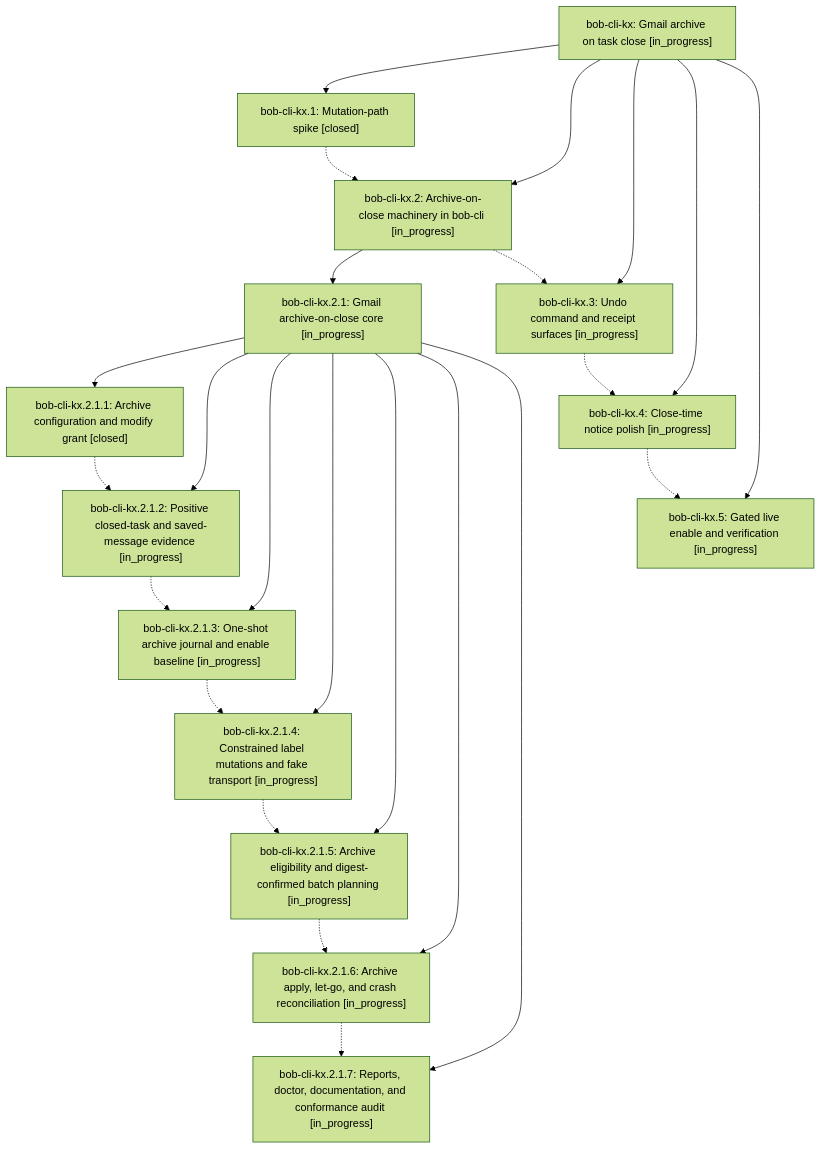
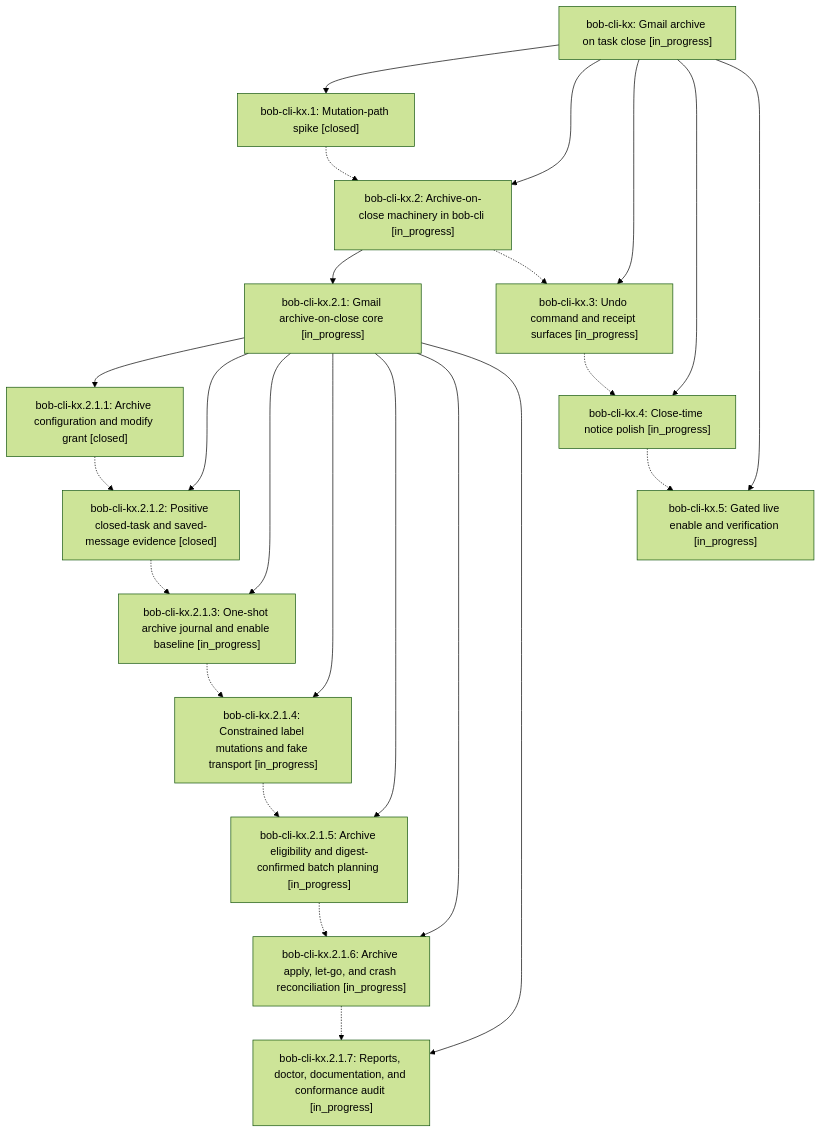
One commit to bobs-org/bob-cli--beads changed the diagram in pages/bob-cli-kx/README.md. Above: the diagram before and after it, drawn with Mermaid (forest theme). The commit also changed other lines of this file and 5 other files, not shown here.

First line of the commit message:
chore(beads): sync bead state and pages for bob-cli-kx

````diff
--- a/pages/bob-cli-kx/README.md
+++ b/pages/bob-cli-kx/README.md
@@ -38,40 +38,40 @@
 ```mermaid
 flowchart TD
     n0["bob-cli-kx: Gmail archive on task close [in_progress]"]
     n1["bob-cli-kx.1: Mutation-path spike [closed]"]
     n2["bob-cli-kx.2: Archive-on-close machinery in bob-cli [in_progress]"]
     n3["bob-cli-kx.2.1: Gmail archive-on-close core [in_progress]"]
     n4["bob-cli-kx.2.1.1: Archive configuration and modify grant [closed]"]
-    n5["bob-cli-kx.2.1.2: Positive closed-task and saved-message evidence [in_progress]"]
+    n5["bob-cli-kx.2.1.2: Positive closed-task and saved-message evidence [closed]"]
     n6["bob-cli-kx.2.1.3: One-shot archive journal and enable baseline [in_progress]"]
     n7["bob-cli-kx.2.1.4: Constrained label mutations and fake transport [in_progress]"]
     n8["bob-cli-kx.2.1.5: Archive eligibility and digest-confirmed batch planning [in_progress]"]
     n9["bob-cli-kx.2.1.6: Archive apply, let-go, and crash reconciliation [in_progress]"]
     n10["bob-cli-kx.2.1.7: Reports, doctor, documentation, and conformance audit [in_progress]"]
     n11["bob-cli-kx.3: Undo command and receipt surfaces [in_progress]"]
     n12["bob-cli-kx.4: Close-time notice polish [in_progress]"]
     n13["bob-cli-kx.5: Gated live enable and verification [in_progress]"]
     n0 --> n1
     n0 --> n2
     n2 --> n3
     n3 --> n4
     n3 --> n5
     n3 --> n6
     n3 --> n7
     n3 --> n8
     n3 --> n9
     n3 --> n10
     n0 --> n11
     n0 --> n12
     n0 --> n13
     n1 -.-> n2
     n2 -.-> n11
     n4 -.-> n5
     n5 -.-> n6
     n6 -.-> n7
     n7 -.-> n8
     n8 -.-> n9
     n9 -.-> n10
     n11 -.-> n12
     n12 -.-> n13
 ```
````
